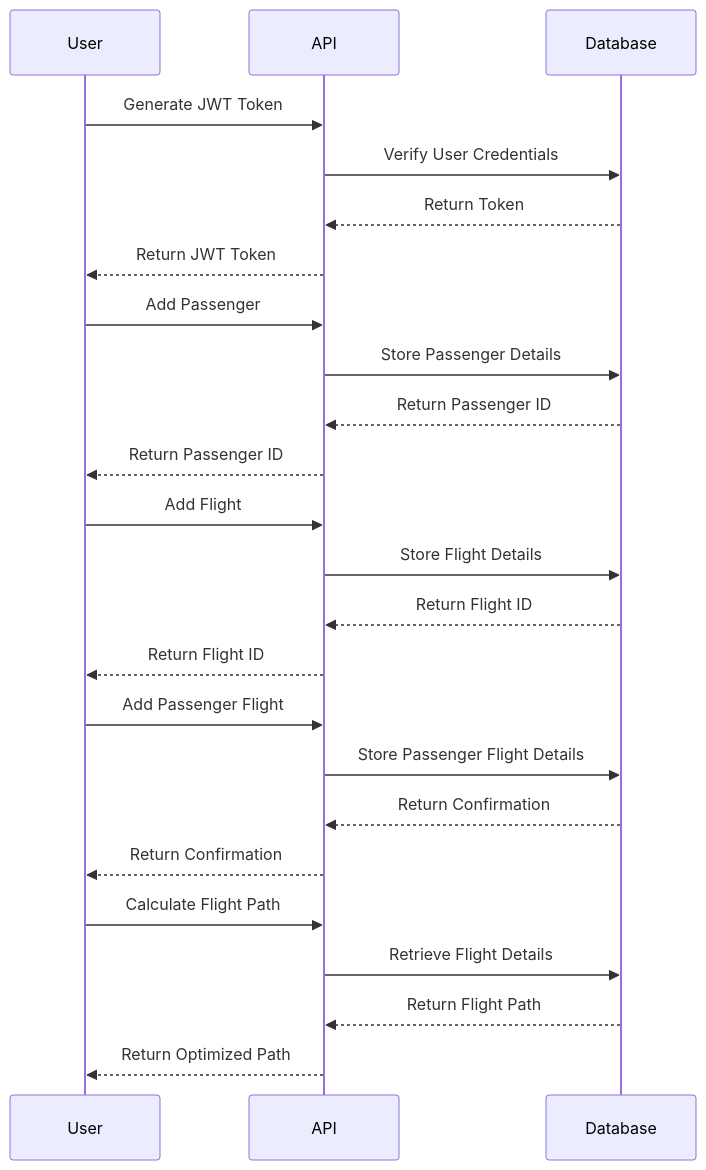
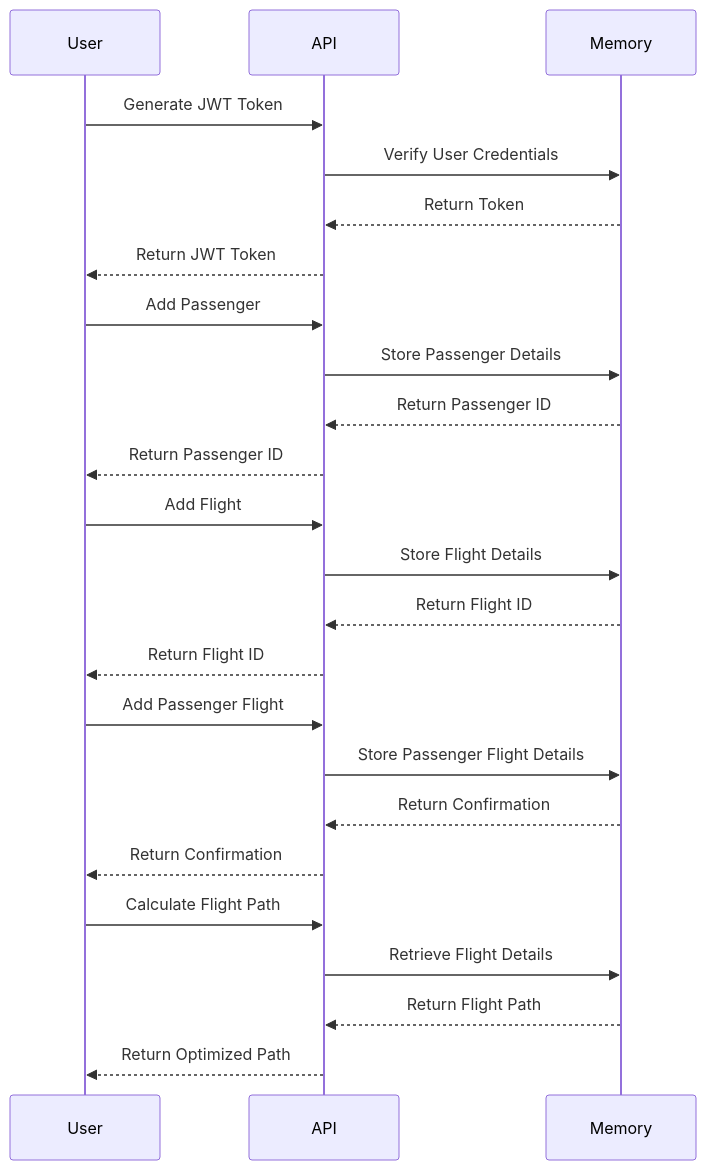
One commit to RusticRoman/flight-tracker changed the first of 2 diagrams in README.md. Above: the diagram before and after it, drawn with Mermaid.

Commit message:
modified diagrams to README.md

````diff
--- a/README.md
+++ b/README.md
@@ -124,31 +124,31 @@
 ```mermaid
 sequenceDiagram
     participant User
     participant API
-    participant Database
+    participant Memory
 
     User->>API: Generate JWT Token
-    API->>Database: Verify User Credentials
-    Database-->>API: Return Token
+    API->>Memory: Verify User Credentials
+    Memory-->>API: Return Token
     API-->>User: Return JWT Token
 
     User->>API: Add Passenger
-    API->>Database: Store Passenger Details
-    Database-->>API: Return Passenger ID
+    API->>Memory: Store Passenger Details
+    Memory-->>API: Return Passenger ID
     API-->>User: Return Passenger ID
 
     User->>API: Add Flight
-    API->>Database: Store Flight Details
-    Database-->>API: Return Flight ID
+    API->>Memory: Store Flight Details
+    Memory-->>API: Return Flight ID
     API-->>User: Return Flight ID
 
     User->>API: Add Passenger Flight
-    API->>Database: Store Passenger Flight Details
-    Database-->>API: Return Confirmation
+    API->>Memory: Store Passenger Flight Details
+    Memory-->>API: Return Confirmation
     API-->>User: Return Confirmation
 
     User->>API: Calculate Flight Path
-    API->>Database: Retrieve Flight Details
-    Database-->>API: Return Flight Path
+    API->>Memory: Retrieve Flight Details
+    Memory-->>API: Return Flight Path
     API-->>User: Return Optimized Path
 ```
````
